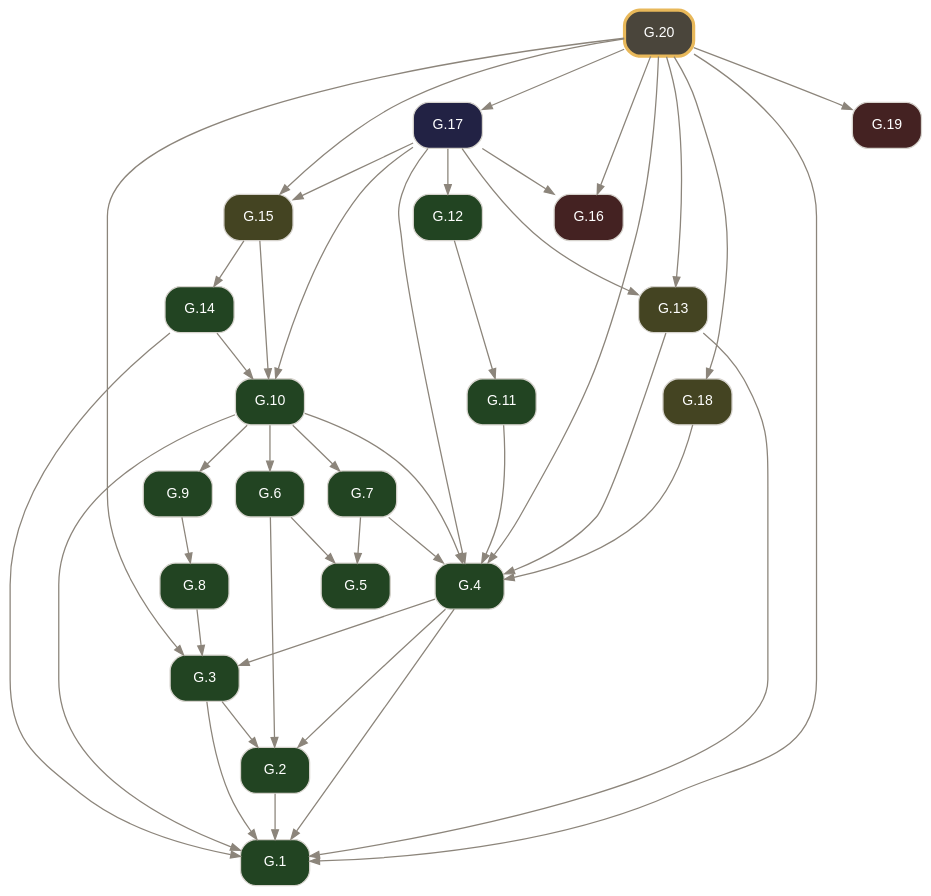
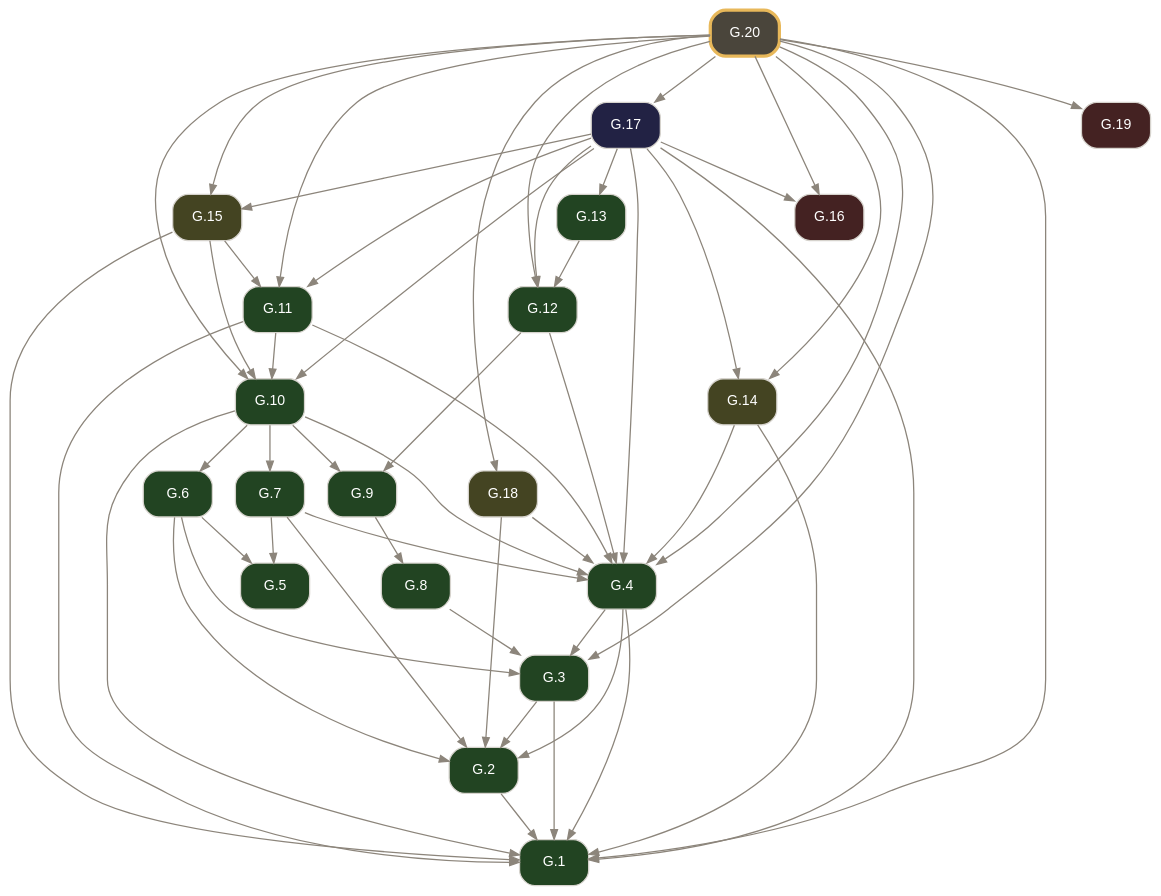
The diagram in docsrc/elements2/G.20/index.rst (geometor/elements), drawn with Graphviz before and after one commit. The commit also changed other lines of this file and 1276 other files, not shown here.

```diff
--- a/docsrc/elements2/G.20/index.rst
+++ b/docsrc/elements2/G.20/index.rst
@@ -96,69 +89,81 @@
 .. graphviz::
 
    digraph {
      bgcolor="transparent";
      node [shape=box, style="rounded,filled", fontname="Helvetica", fontsize=11, color="#d6d3cd", fontcolor="#ffffff"];
      edge [color="#8c857b", fontcolor="#8c857b", arrowsize=0.75];
      rankdir="TB";
      "G.1" [label="G.1", tooltip="G.1 (I.def.1): A point A is that which has no part.", fillcolor="#224422", URL="../G.1/index.html", target="_top"];
      "G.2" [label="G.2", tooltip="G.2 (I.def.2): A line [ A B ] is a projection of a relationship of two points A, B.", fillcolor="#224422", URL="../G.2/index.html", target="_top"];
      "G.3" [label="G.3", tooltip="G.3 (I.def.3): The extremities of a segment / A B / are points A, B.", fillcolor="#224422", URL="../G.3/index.html", target="_top"];
      "G.4" [label="G.4", tooltip="G.4 (I.def.4): A segment / A B / is a portion of a line [ A B ] between two points A, B on the line.", fillcolor="#224422", URL="../G.4/index.html", target="_top"];
      "G.5" [label="G.5", tooltip="G.5 (I.def.5): A surface is that which has length and breadth only.", fillcolor="#224422", URL="../G.5/index.html", target="_top"];
      "G.6" [label="G.6", tooltip="G.6 (I.def.6): The extremities of a surface are lines or arcs.", fillcolor="#224422", URL="../G.6/index.html", target="_top"];
      "G.7" [label="G.7", tooltip="G.7 (I.def.7): A plane surface lies evenly with the lines on itself.", fillcolor="#224422", URL="../G.7/index.html", target="_top"];
      "G.8" [label="G.8", tooltip="G.8 (I.def.13): A boundary is the extremity of anything.", fillcolor="#224422", URL="../G.8/index.html", target="_top"];
      "G.9" [label="G.9", tooltip="G.9 (I.def.14): A figure is that which is contained by any boundary or boundaries.", fillcolor="#224422", URL="../G.9/index.html", target="_top"];
      "G.10" [label="G.10", tooltip="G.10 (I.def.15): A circle ( A B ) is a plane figure contained by one arc defined by a center A and a point B establishing its defining radius / A B /, such that all segments / A B /, / A C /, / A D...", fillcolor="#224422", URL="../G.10/index.html", target="_top"];
-     "G.11" [label="G.11", tooltip="G.11 (I.def.19): Rectilineal figures are contained by segments: trilateral by three, quadrilateral by four, and multilateral by more than four.", fillcolor="#224422", URL="../G.11/index.html", target="_top"];
-     "G.12" [label="G.12", tooltip="G.12 (I.def.20): Of trilateral figures, an equilateral triangle < A B C > has three equal sides, an isosceles triangle < D E F > has two equal sides, and a scalene triangle < G H K > has three uneq...", fillcolor="#224422", URL="../G.12/index.html", target="_top"];
-     "G.13" [label="G.13", tooltip="G.13 (I.post.1): Construct a segment / A B / between any two points A, B.", fillcolor="#444422", URL="../G.13/index.html", target="_top"];
-     "G.14" [label="G.14", tooltip="G.14 (I.def.16): The point A within the circle ( A B ) from which all segments / A B /, / A C / to the arc are equal is called the center of the circle.", fillcolor="#224422", URL="../G.14/index.html", target="_top"];
+     "G.11" [label="G.11", tooltip="G.11 (I.def.16): The point A within the circle ( A B ) from which all segments / A B /, / A C / to the arc are equal is called the center of the circle.", fillcolor="#224422", URL="../G.11/index.html", target="_top"];
+     "G.12" [label="G.12", tooltip="G.12 (I.def.19): Rectilineal figures are contained by segments: trilateral by three, quadrilateral by four, and multilateral by more than four.", fillcolor="#224422", URL="../G.12/index.html", target="_top"];
+     "G.13" [label="G.13", tooltip="G.13 (I.def.20): Of trilateral figures, an equilateral triangle < A B C > has three equal sides, an isosceles triangle < D E F > has two equal sides, and a scalene triangle < G H K > has three uneq...", fillcolor="#224422", URL="../G.13/index.html", target="_top"];
+     "G.14" [label="G.14", tooltip="G.14 (I.post.1): Construct a segment / A B / between any two points A, B.", fillcolor="#444422", URL="../G.14/index.html", target="_top"];
      "G.15" [label="G.15", tooltip="G.15 (I.post.3): Construct a circle ( A B ) with center A and defining radius point B.", fillcolor="#444422", URL="../G.15/index.html", target="_top"];
      "G.16" [label="G.16", tooltip="G.16 (I.cn.1): Things equal to the same thing are equal to one another.", fillcolor="#442222", URL="../G.16/index.html", target="_top"];
      "G.17" [label="G.17", tooltip="G.17 (I.1): Construct an equilateral triangle on a given segment.", fillcolor="#222244", URL="../G.17/index.html", target="_top"];
      "G.18" [label="G.18", tooltip="G.18 (I.post.2): Extend a segment / A B / continuously along a line [ A B ] to / B C /.", fillcolor="#444422", URL="../G.18/index.html", target="_top"];
      "G.19" [label="G.19", tooltip="G.19 (I.cn.3): If equals are subtracted from equals, the remainders are equal.", fillcolor="#442222", URL="../G.19/index.html", target="_top"];
      "G.20" [label="G.20", tooltip="G.20 (I.2): Construct at a given point a segment equal to a given segment.", penwidth=2.5, color="#e8b85a", fillcolor="#4a453b", URL="index.html", target="_top"];
      "G.2" -> "G.1";
      "G.3" -> "G.1";
      "G.4" -> "G.1";
      "G.10" -> "G.1";
-     "G.13" -> "G.1";
+     "G.11" -> "G.1";
      "G.14" -> "G.1";
+     "G.15" -> "G.1";
+     "G.17" -> "G.1";
      "G.20" -> "G.1";
      "G.3" -> "G.2";
      "G.4" -> "G.2";
      "G.6" -> "G.2";
+     "G.7" -> "G.2";
+     "G.18" -> "G.2";
      "G.4" -> "G.3";
+     "G.6" -> "G.3";
      "G.8" -> "G.3";
      "G.20" -> "G.3";
      "G.7" -> "G.4";
      "G.10" -> "G.4";
      "G.11" -> "G.4";
-     "G.13" -> "G.4";
+     "G.12" -> "G.4";
+     "G.14" -> "G.4";
      "G.17" -> "G.4";
      "G.18" -> "G.4";
      "G.20" -> "G.4";
      "G.6" -> "G.5";
      "G.7" -> "G.5";
      "G.10" -> "G.6";
      "G.10" -> "G.7";
      "G.9" -> "G.8";
      "G.10" -> "G.9";
-     "G.14" -> "G.10";
+     "G.12" -> "G.9";
+     "G.11" -> "G.10";
      "G.15" -> "G.10";
      "G.17" -> "G.10";
-     "G.12" -> "G.11";
+     "G.20" -> "G.10";
+     "G.15" -> "G.11";
+     "G.17" -> "G.11";
+     "G.20" -> "G.11";
+     "G.13" -> "G.12";
      "G.17" -> "G.12";
+     "G.20" -> "G.12";
      "G.17" -> "G.13";
-     "G.20" -> "G.13";
-     "G.15" -> "G.14";
+     "G.17" -> "G.14";
+     "G.20" -> "G.14";
      "G.17" -> "G.15";
      "G.20" -> "G.15";
      "G.17" -> "G.16";
      "G.20" -> "G.16";
      "G.20" -> "G.17";
      "G.20" -> "G.18";
      "G.20" -> "G.19";
    }
```
